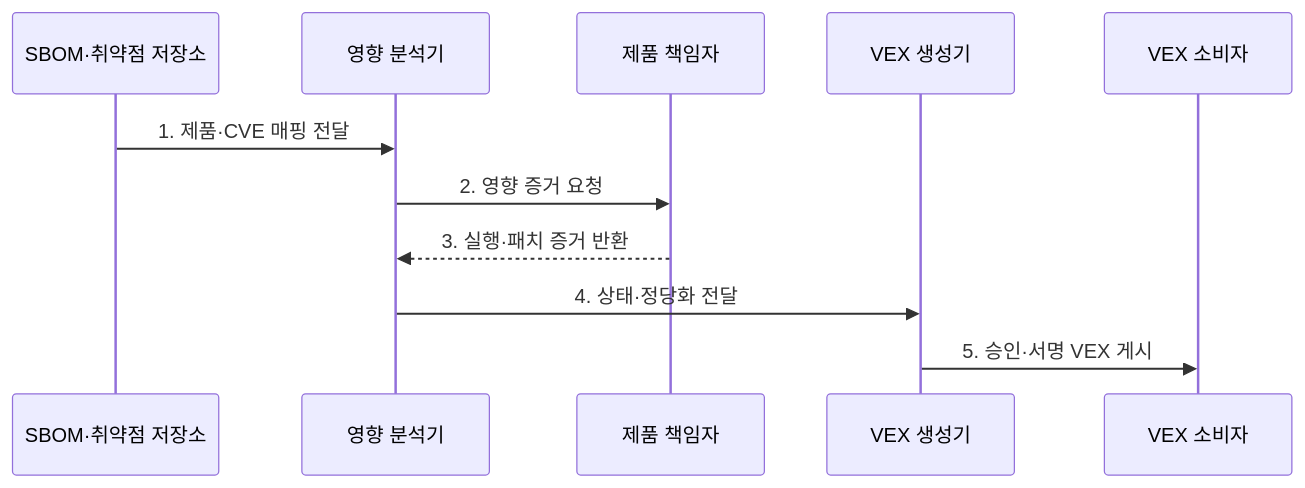
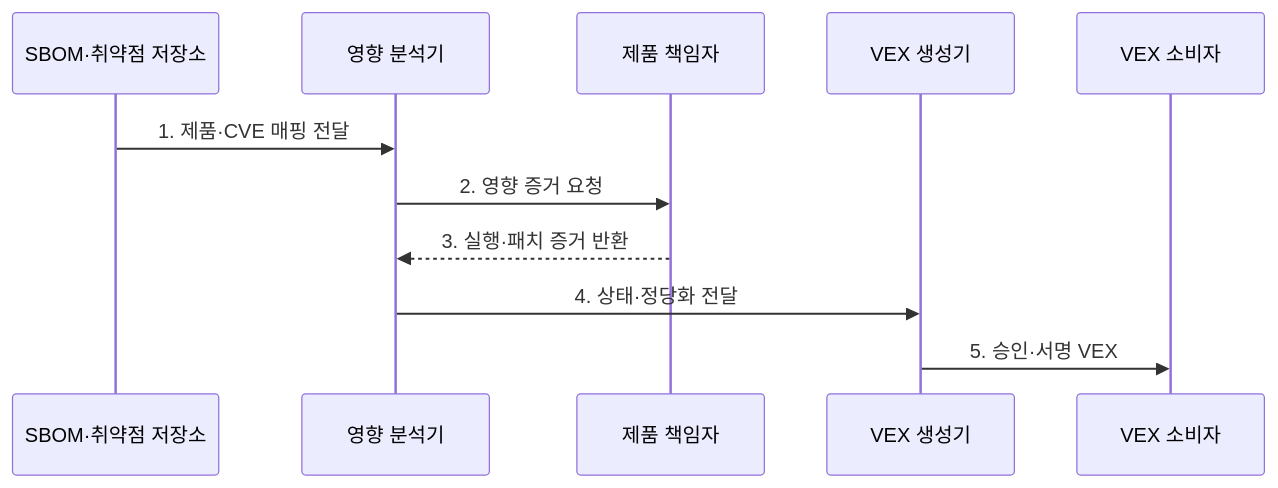
Before and after one commit to agnusdei1207/knowledge-base: the second of 2 diagrams in src/content/docs/notes/03-software/184_vex.md, drawn with Mermaid. The commit also changed other lines of this file and 20 other files, not shown here.

````diff
--- a/src/content/docs/notes/03-software/184_vex.md
+++ b/src/content/docs/notes/03-software/184_vex.md
@@ -83,13 +85,13 @@
 ```mermaid
 sequenceDiagram
     participant S as SBOM·취약점 저장소
     participant A as 영향 분석기
     participant P as 제품 책임자
     participant V as VEX 생성기
     participant C as VEX 소비자
     S->>A: 1. 제품·CVE 매핑 전달
     A->>P: 2. 영향 증거 요청
     P-->>A: 3. 실행·패치 증거 반환
     A->>V: 4. 상태·정당화 전달
-    V->>C: 5. 승인·서명 VEX 게시
+    V->>C: 5. 승인·서명 VEX
 ```
````
